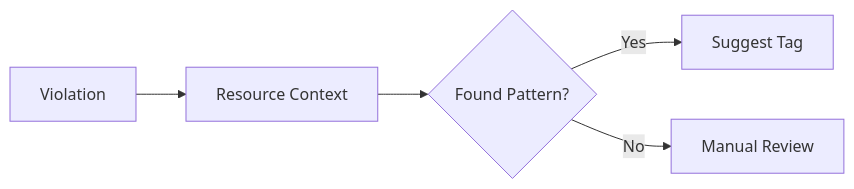
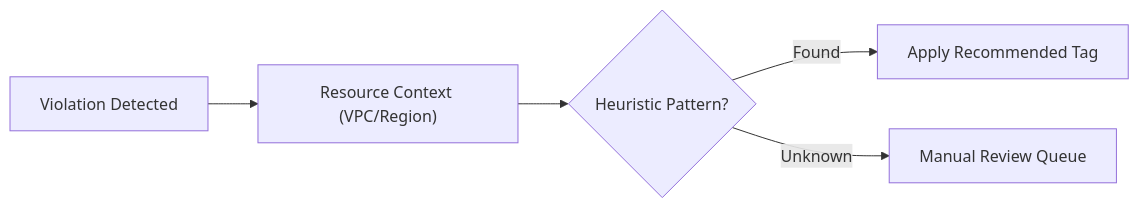
The sixth of 10 diagrams in README.md (Devopstrio/tagging-governance-toolkit), drawn with Mermaid before and after one commit. The commit also changed other lines of this file, not shown here.

Commit message:
docs: implement 10+ professional architecture diagrams for tagging governance

````diff
--- a/README.md
+++ b/README.md
@@ -93,7 +155,7 @@
 ```mermaid
 graph LR
-    V[Violation] --> Context[Resource Context]
-    Context --> Match{Found Pattern?}
-    Match -->|Yes| Sugg[Suggest Tag]
-    Match -->|No| Man[Manual Review]
+    Detect["Violation Detected"] --> Context["Resource Context (VPC/Region)"]
+    Context --> Match{"Heuristic Pattern?"}
+    Match -->|Found| Suggest["Apply Recommended Tag"]
+    Match -->|Unknown| Queue["Manual Review Queue"]
 ```
````
